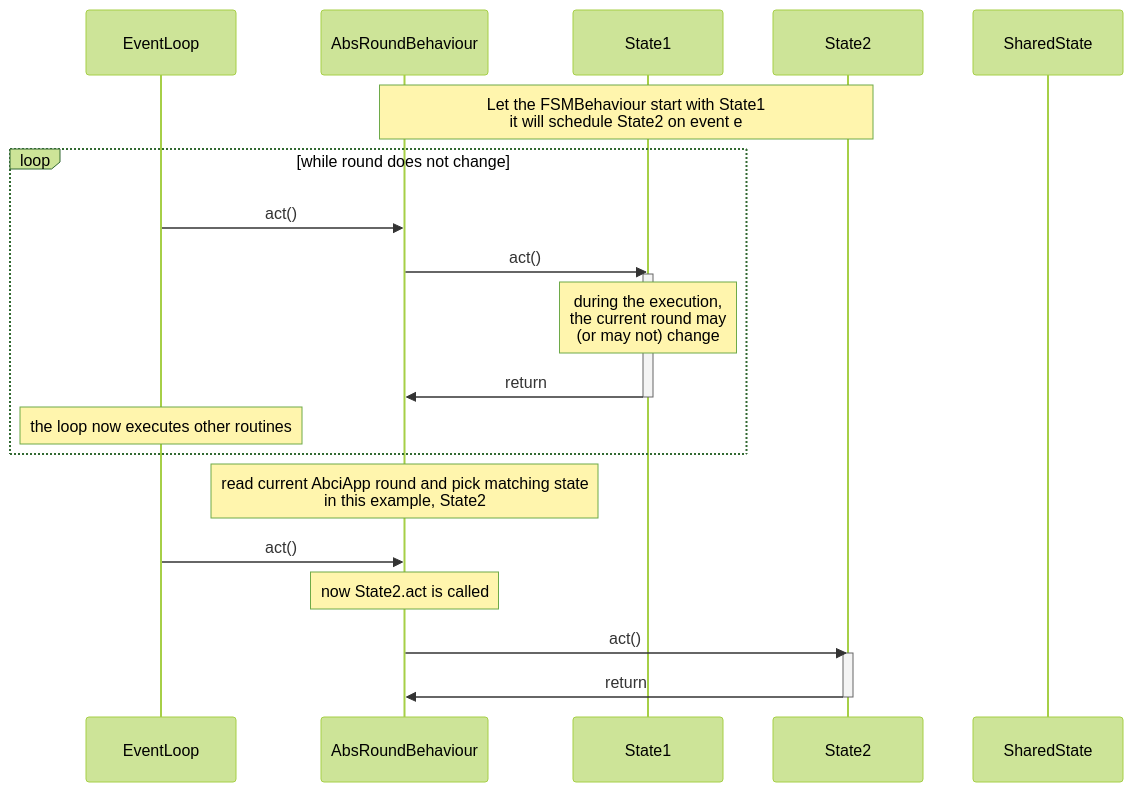
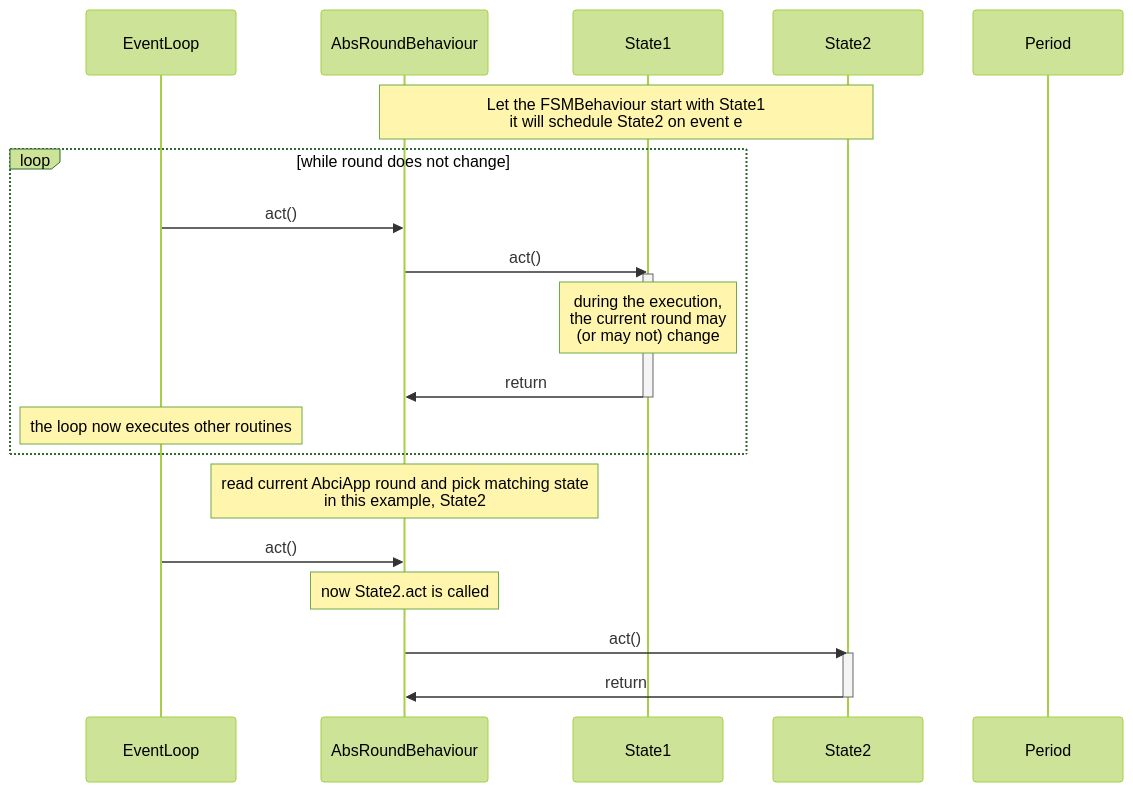
Before and after one commit to valory-xyz/open-autonomy: the first of 3 diagrams in docs/abci_app_interactions.md, drawn with Mermaid (forest theme). The commit also changed other lines of this file and 23 other files, not shown here.

```diff
--- a/docs/abci_app_interactions.md
+++ b/docs/abci_app_interactions.md
@@ -51,25 +51,25 @@
 <div class="mermaid">
     sequenceDiagram
         participant EventLoop
         participant AbsRoundBehaviour
         participant State1
         participant State2
-        participant SharedState
+        participant Period
         note over AbsRoundBehaviour,State2: Let the FSMBehaviour start with State1<br/>it will schedule State2 on event e
         loop while round does not change
           EventLoop->>AbsRoundBehaviour: act()
           AbsRoundBehaviour->>State1: act()
           activate State1
           note over State1: during the execution, <br/> the current round may<br/>(or may not) change
           State1->>AbsRoundBehaviour: return
           deactivate State1
           note over EventLoop: the loop now executes other routines
         end
         note over AbsRoundBehaviour: read current AbciApp round and pick matching state<br/>in this example, State2
         EventLoop->>AbsRoundBehaviour: act()
         note over AbsRoundBehaviour: now State2.act is called
         AbsRoundBehaviour->>State2: act()
         activate State2
         State2->>AbsRoundBehaviour: return
         deactivate State2
 </div>
```
